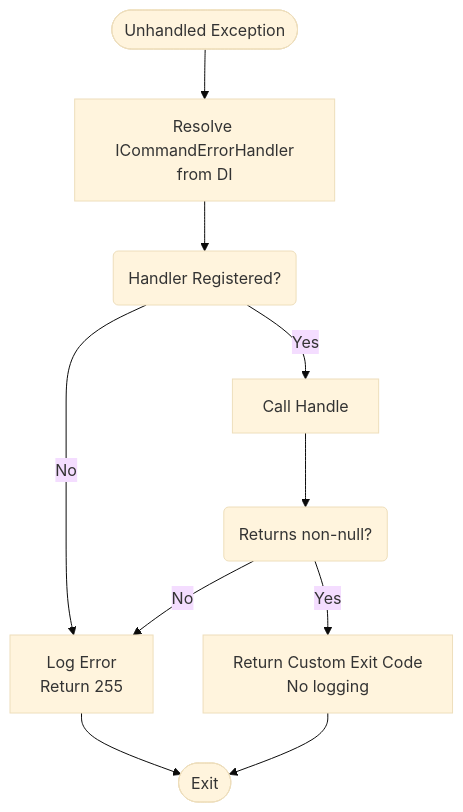
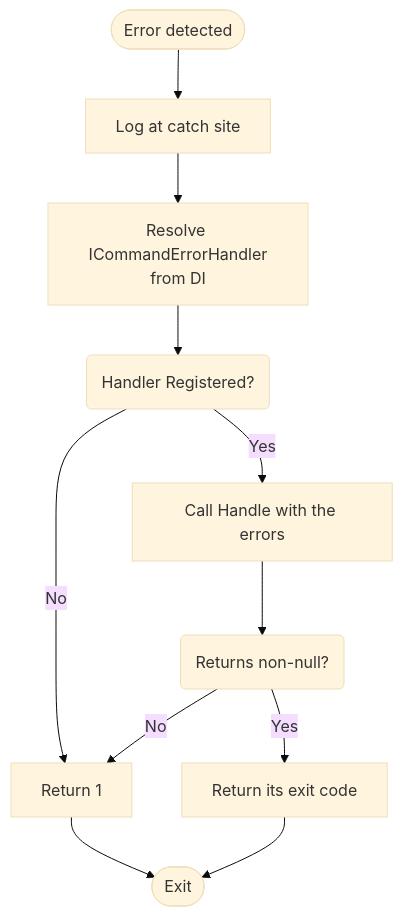
Before and after one commit to RushuiGuan/commandline: the diagram in docfx_project/articles/custom-error-handler.md, drawn with Mermaid (base theme). The commit also changed other lines of this file and 38 other files, not shown here.

````diff
--- a/docfx_project/articles/custom-error-handler.md
+++ b/docfx_project/articles/custom-error-handler.md
@@ -12,12 +24,13 @@
 ```mermaid
 flowchart TD
-    Exception([Unhandled Exception]) --> Lookup[Resolve ICommandErrorHandler<br/>from DI]
+    Failure([Error detected]) --> Log[Log at catch site]
+    Log --> Lookup[Resolve ICommandErrorHandler<br/>from DI]
     Lookup --> Registered(Handler Registered?)
-    Registered -->|No| DefaultLog[Log Error<br/>Return 255]
-    Registered -->|Yes| CallHandle[Call Handle]
+    Registered -->|No| Default[Return 1]
+    Registered -->|Yes| CallHandle[Call Handle with the errors]
     CallHandle --> NonNull(Returns non-null?)
-    NonNull -->|Yes| ReturnCode[Return Custom Exit Code<br/>No logging]
-    NonNull -->|No| DefaultLog
-    DefaultLog --> Exit([Exit])
+    NonNull -->|Yes| ReturnCode[Return its exit code]
+    NonNull -->|No| Default
+    Default --> Exit([Exit])
     ReturnCode --> Exit
 ```
````
